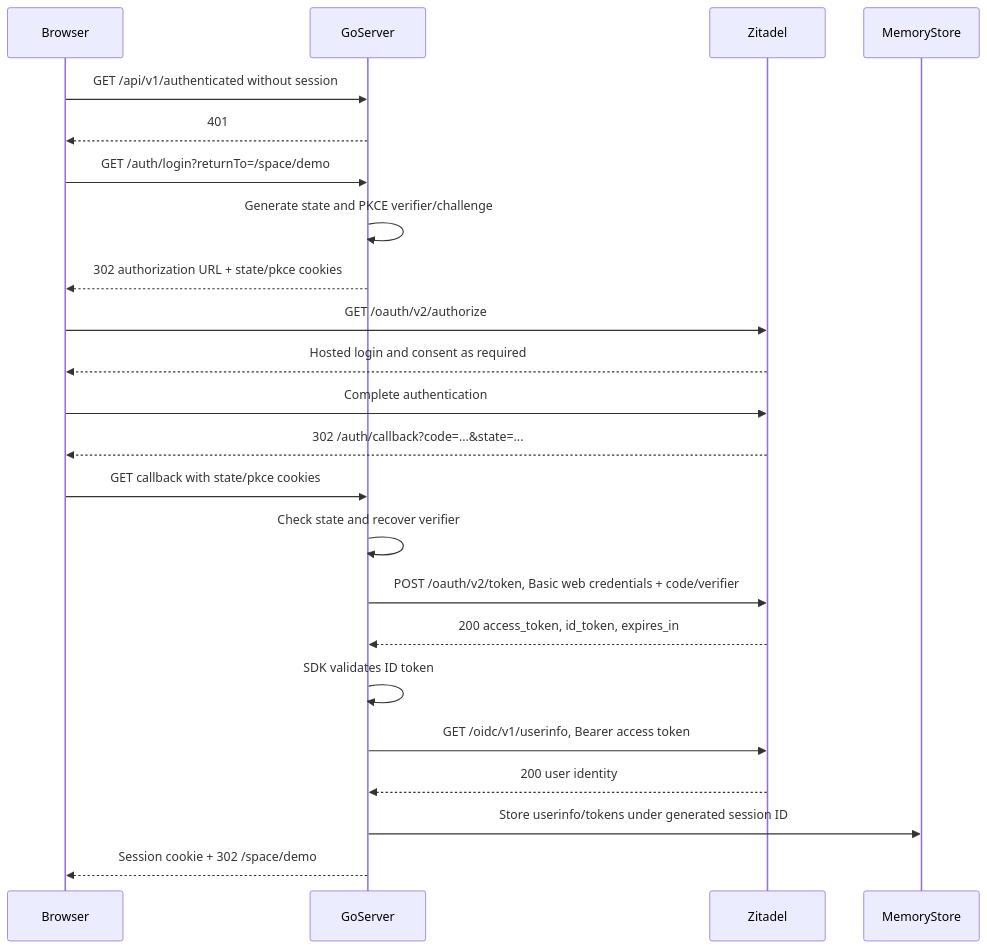
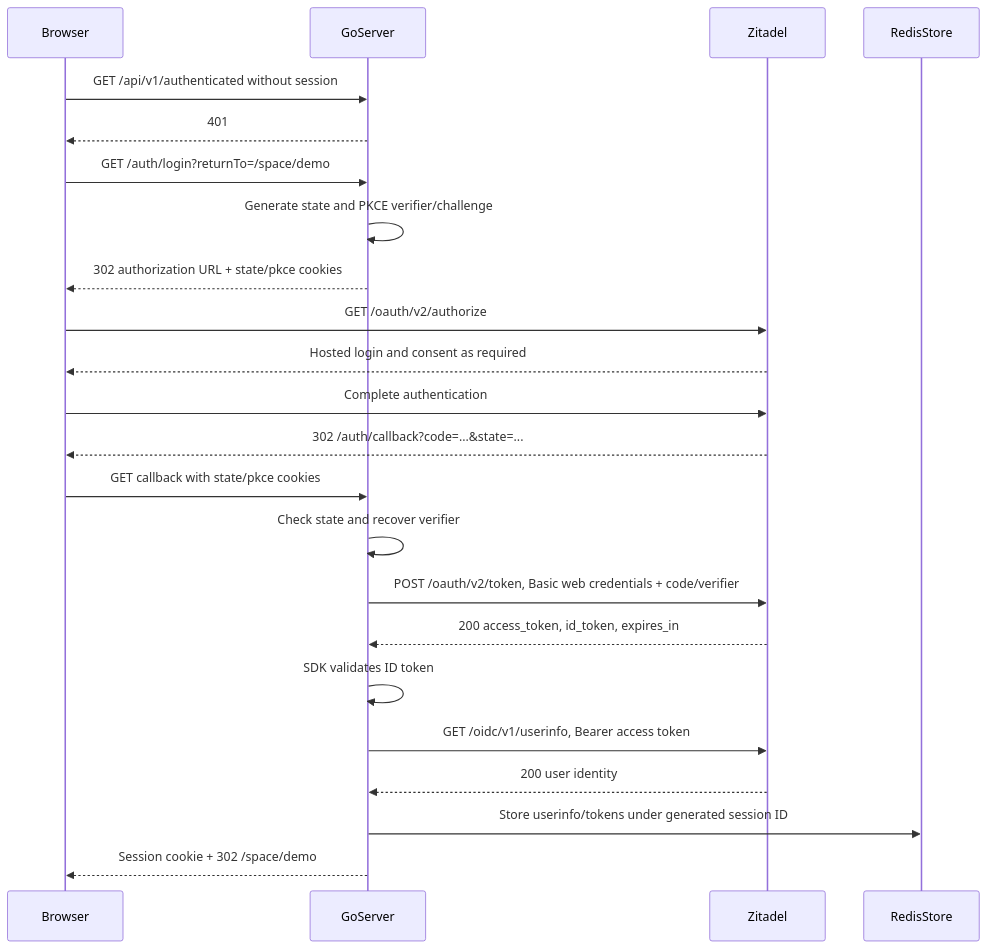
The first of 2 diagrams in docs/authentication-current-sequence.md (durgakiran/beskar), drawn with Mermaid before and after one commit. The commit also changed other lines of this file and 18 other files, not shown here.

````diff
--- a/docs/authentication-current-sequence.md
+++ b/docs/authentication-current-sequence.md
@@ -19,25 +19,25 @@
 ```mermaid
 sequenceDiagram
     participant Browser
     participant GoServer
     participant Zitadel
-    participant MemoryStore
+    participant RedisStore
     Browser->>GoServer: GET /api/v1/authenticated without session
     GoServer-->>Browser: 401
     Browser->>GoServer: GET /auth/login?returnTo=/space/demo
     GoServer->>GoServer: Generate state and PKCE verifier/challenge
     GoServer-->>Browser: 302 authorization URL + state/pkce cookies
     Browser->>Zitadel: GET /oauth/v2/authorize
     Zitadel-->>Browser: Hosted login and consent as required
     Browser->>Zitadel: Complete authentication
     Zitadel-->>Browser: 302 /auth/callback?code=...&state=...
     Browser->>GoServer: GET callback with state/pkce cookies
     GoServer->>GoServer: Check state and recover verifier
     GoServer->>Zitadel: POST /oauth/v2/token, Basic web credentials + code/verifier
     Zitadel-->>GoServer: 200 access_token, id_token, expires_in
     GoServer->>GoServer: SDK validates ID token
     GoServer->>Zitadel: GET /oidc/v1/userinfo, Bearer access token
     Zitadel-->>GoServer: 200 user identity
-    GoServer->>MemoryStore: Store userinfo/tokens under generated session ID
+    GoServer->>RedisStore: Store userinfo/tokens under generated session ID
     GoServer-->>Browser: Session cookie + 302 /space/demo
 ```
````
